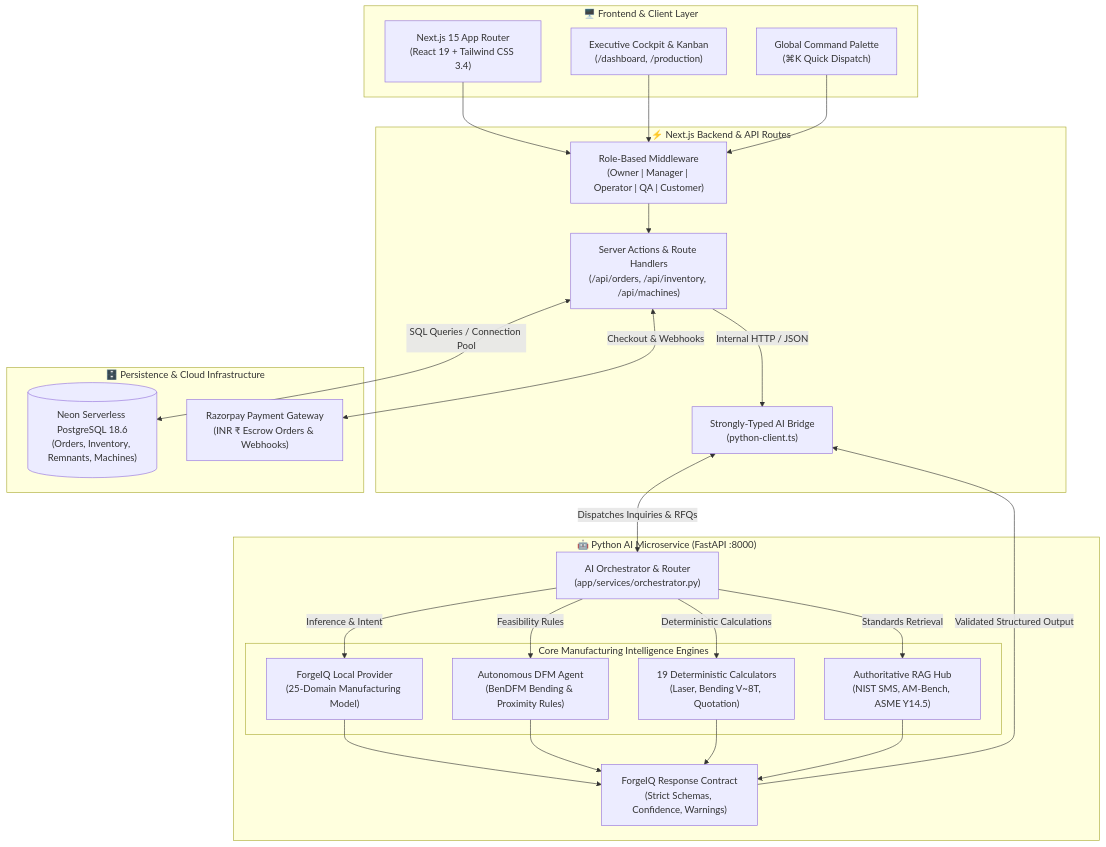
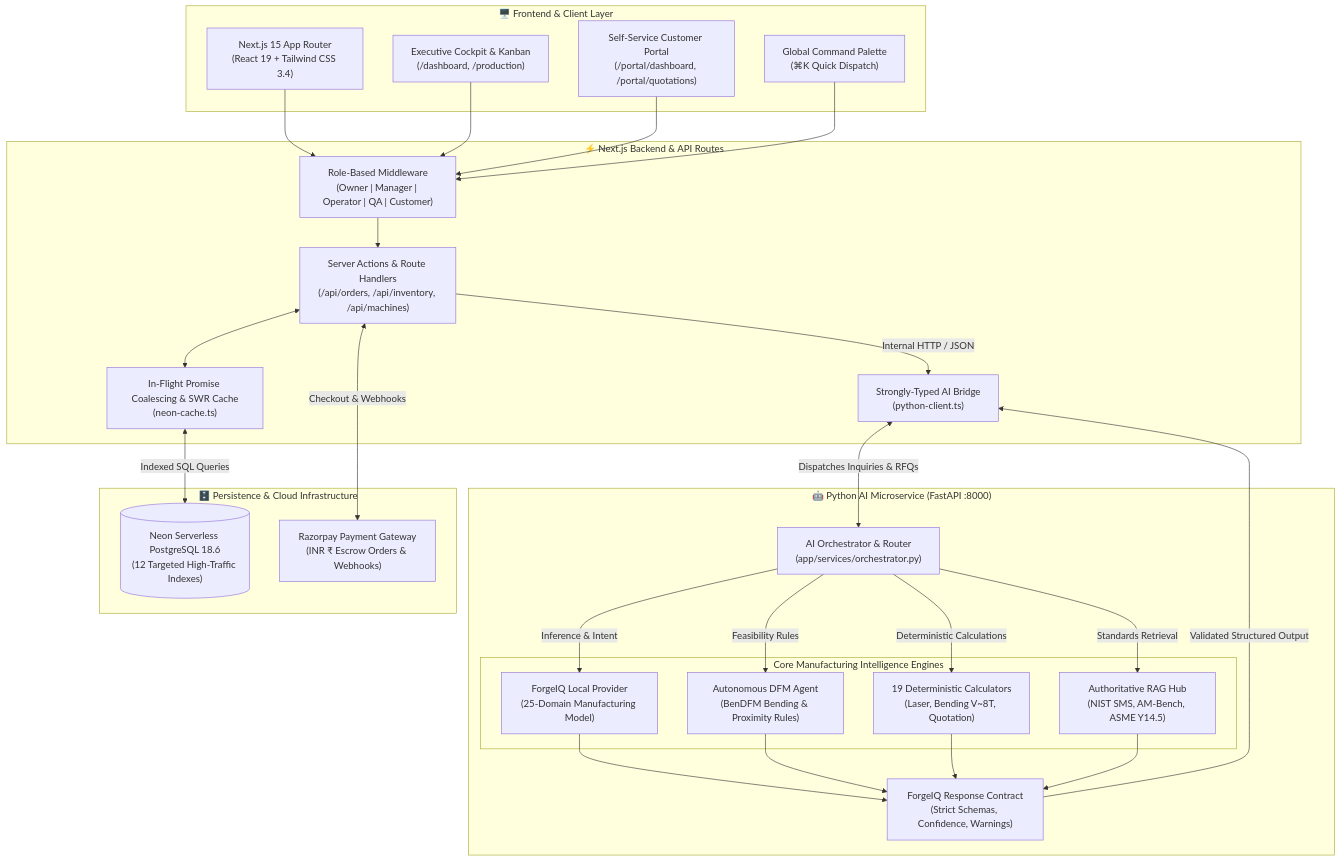
Before and after one commit to bhuvanabcs24-maker/Forge-IQ: the diagram in README.md, drawn with Mermaid. The commit also changed other lines of this file and 2 other files, not shown here.

Commit message:
docs: update README with recruiter-focused metrics, architecture, and live demo links

````diff
--- a/README.md
+++ b/README.md
@@ -135,63 +195,67 @@
 ```mermaid
 flowchart TD
     subgraph ClientLayer["🖥️ Frontend & Client Layer"]
         Browser["Next.js 15 App Router<br/>(React 19 + Tailwind CSS 3.4)"]
         Dashboard["Executive Cockpit & Kanban<br/>(/dashboard, /production)"]
+        CustomerPortal["Self-Service Customer Portal<br/>(/portal/dashboard, /portal/quotations)"]
         CommandPalette["Global Command Palette<br/>(⌘K Quick Dispatch)"]
     end
 
     subgraph AppServer["⚡ Next.js Backend & API Routes"]
         Middleware["Role-Based Middleware<br/>(Owner | Manager | Operator | QA | Customer)"]
         ServerActions["Server Actions & Route Handlers<br/>(/api/orders, /api/inventory, /api/machines)"]
+        QueryCache["In-Flight Promise Coalescing & SWR Cache<br/>(neon-cache.ts)"]
         PythonBridge["Strongly-Typed AI Bridge<br/>(python-client.ts)"]
     end
 
     subgraph AIService["🤖 Python AI Microservice (FastAPI :8000)"]
         Orchestrator["AI Orchestrator & Router<br/>(app/services/orchestrator.py)"]
         
         subgraph CoreEngines["Core Manufacturing Intelligence Engines"]
             LocalProvider["ForgeIQ Local Provider<br/>(25-Domain Manufacturing Model)"]
             DFMAgent["Autonomous DFM Agent<br/>(BenDFM Bending & Proximity Rules)"]
             Calculators["19 Deterministic Calculators<br/>(Laser, Bending V~8T, Quotation)"]
             RAGStore["Authoritative RAG Hub<br/>(NIST SMS, AM-Bench, ASME Y14.5)"]
         end
         
         ContractResponse["ForgeIQ Response Contract<br/>(Strict Schemas, Confidence, Warnings)"]
     end
 
     subgraph DatabaseLayer["🗄️ Persistence & Cloud Infrastructure"]
-        NeonDB[("Neon Serverless PostgreSQL 18.6<br/>(Orders, Inventory, Remnants, Machines)")]
+        NeonDB[("Neon Serverless PostgreSQL 18.6<br/>(12 Targeted High-Traffic Indexes)")]
         Razorpay["Razorpay Payment Gateway<br/>(INR ₹ Escrow Orders & Webhooks)"]
     end
 
     %% Client Interactions
     Browser --> Middleware
     Dashboard --> Middleware
+    CustomerPortal --> Middleware
     CommandPalette --> Middleware
 
     %% Middleware Routing
     Middleware --> ServerActions
 
     %% Backend Integrations
-    ServerActions <-->|"SQL Queries / Connection Pool"| NeonDB
+    ServerActions <--> QueryCache
+    QueryCache <-->|"Indexed SQL Queries"| NeonDB
     ServerActions <-->|"Checkout & Webhooks"| Razorpay
     ServerActions -->|"Internal HTTP / JSON"| PythonBridge
 
     %% AI Service Flow
     PythonBridge <-->|"Dispatches Inquiries & RFQs"| Orchestrator
 
     %% Orchestrator Dispatches to Engines
     Orchestrator -->|"Inference & Intent"| LocalProvider
     Orchestrator -->|"Feasibility Rules"| DFMAgent
     Orchestrator -->|"Deterministic Calculations"| Calculators
     Orchestrator -->|"Standards Retrieval"| RAGStore
 
     %% Engines Converge on Contract Response
     LocalProvider --> ContractResponse
     DFMAgent --> ContractResponse
     Calculators --> ContractResponse
     RAGStore --> ContractResponse
 
     %% Return Contract Response to Backend
     ContractResponse -->|"Validated Structured Output"| PythonBridge
 ```
````
